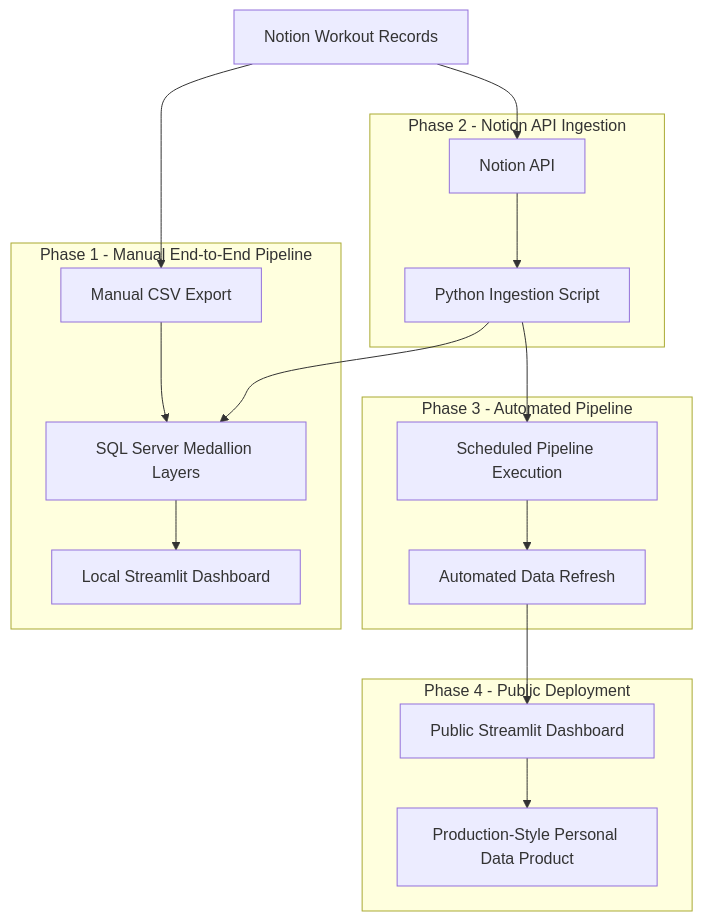
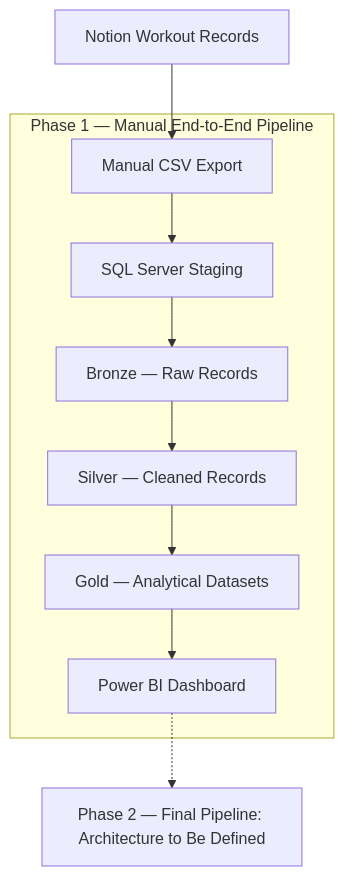
Before and after one commit to laurogime/Gym_Data_Pipeline: the diagram in README.md, drawn with Mermaid. The commit also changed other lines of this file and 13 other files, not shown here.

````diff
--- a/README.md
+++ b/README.md
@@ -16,36 +40,25 @@
 ```mermaid
 flowchart TD
-    A[Notion Workout Records]
+    A["Notion Workout Records"]
 
-    subgraph P1["Phase 1 - Manual End-to-End Pipeline"]
-        B[Manual CSV Export]
-        C[SQL Server Medallion Layers]
-        D[Local Streamlit Dashboard]
-    end
+    subgraph P1["Phase 1 — Manual End-to-End Pipeline"]
+        B["Manual CSV Export"]
+        C["SQL Server Staging"]
+        D["Bronze — Raw Records"]
+        E["Silver — Cleaned Records"]
+        F["Gold — Analytical Datasets"]
+        G["Power BI Dashboard"]
 
-    subgraph P2["Phase 2 - Notion API Ingestion"]
-        E[Notion API]
-        F[Python Ingestion Script]
-    end
-
-    subgraph P3["Phase 3 - Automated Pipeline"]
-        G[Scheduled Pipeline Execution]
-        H[Automated Data Refresh]
-    end
-
-    subgraph P4["Phase 4 - Public Deployment"]
-        I[Public Streamlit Dashboard]
-        J[Production-Style Personal Data Product]
+        B --> C
+        C --> D
+        D --> E
+        E --> F
+        F --> G
     end
 
     A --> B
-    B --> C
-    C --> D
-    A --> E
-    E --> F
-    F --> C
-    F --> G
-    G --> H
-    H --> I
-    I --> J
+
+    H["Phase 2 — Final Pipeline: Architecture to Be Defined"]
+
+    G -.-> H
 ```
````
